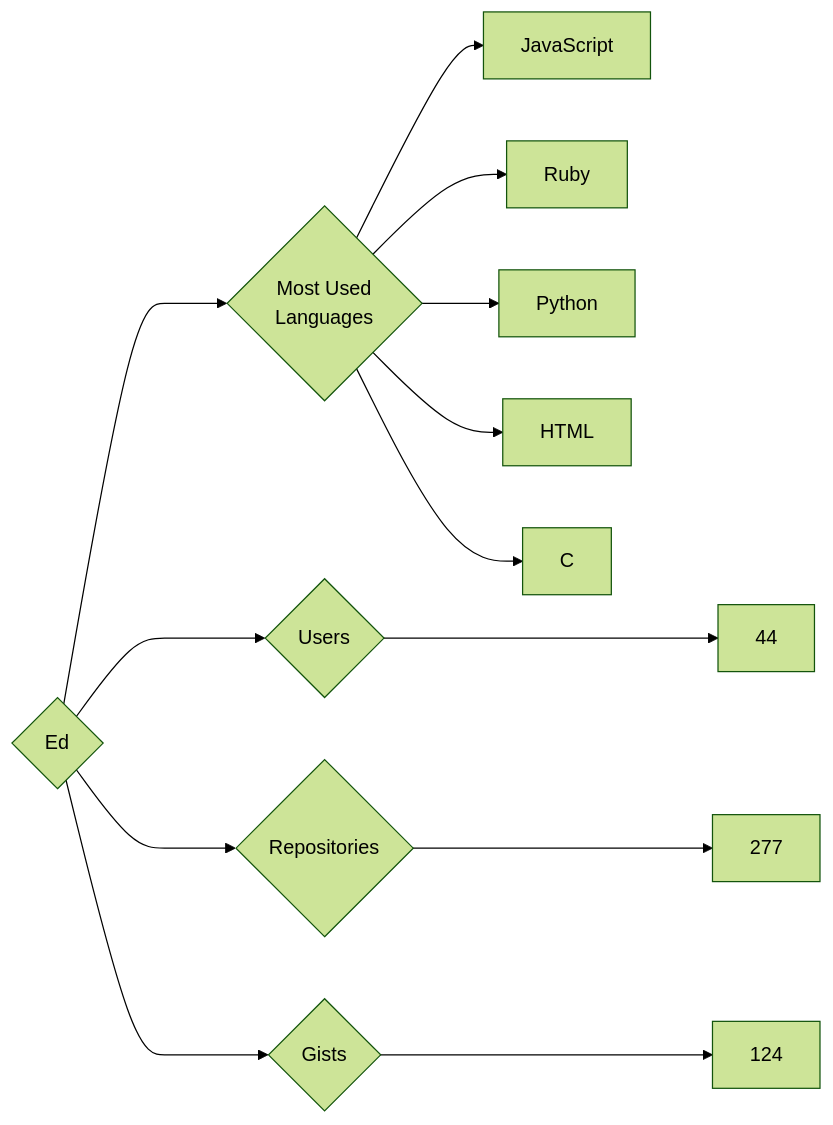
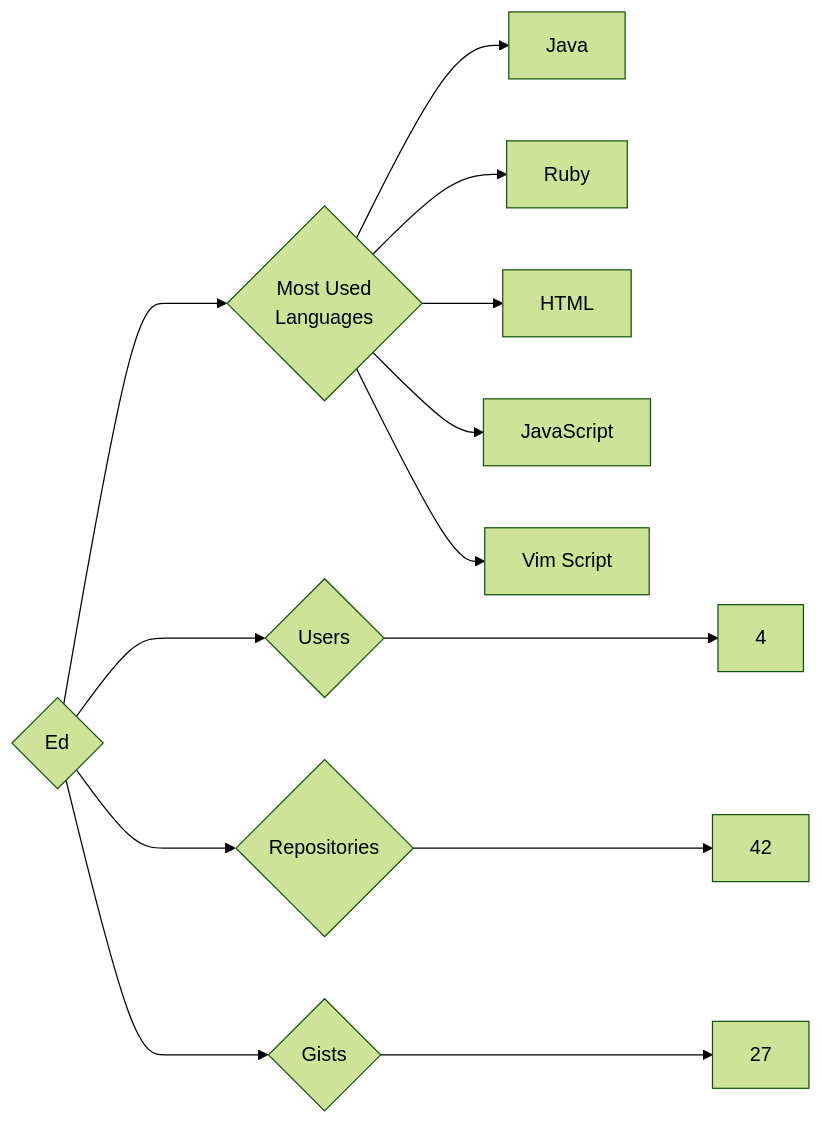
One commit to trickest/insiders changed the diagram in targets/Ed/README.md. Above: the diagram before and after it, drawn with Mermaid (forest theme). The commit also changed 440 other files, not shown here.

````diff
--- a/targets/Ed/README.md
+++ b/targets/Ed/README.md
@@ -3,13 +3,13 @@
 ```mermaid
 graph LR
 COMPANY_NAME{Ed}
-COMPANY_NAME ---> U{Users} ---> UN[44]
-COMPANY_NAME ---> R{Repositories} ---> RN[277]
-COMPANY_NAME ---> G{Gists} ---> GN[124]
+COMPANY_NAME ---> U{Users} ---> UN[4]
+COMPANY_NAME ---> R{Repositories} ---> RN[42]
+COMPANY_NAME ---> G{Gists} ---> GN[27]
 COMPANY_NAME ---> ML{Most Used<br>Languages}
+ML --> Java[Java]
+ML --> Ruby[Ruby]
+ML --> HTML[HTML]
 ML --> JavaScript[JavaScript]
-ML --> Ruby[Ruby]
-ML --> Python[Python]
-ML --> HTML[HTML]
-ML --> C[C]
+ML --> Vim_Script[Vim Script]
 ```
````
